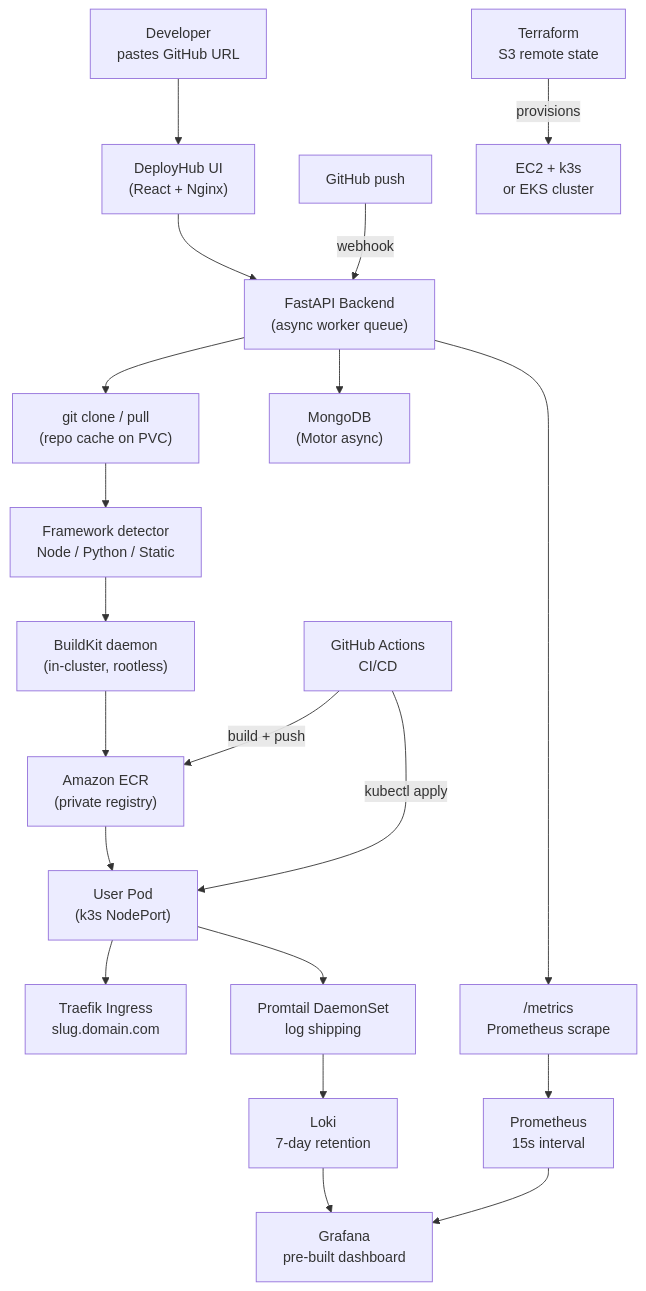
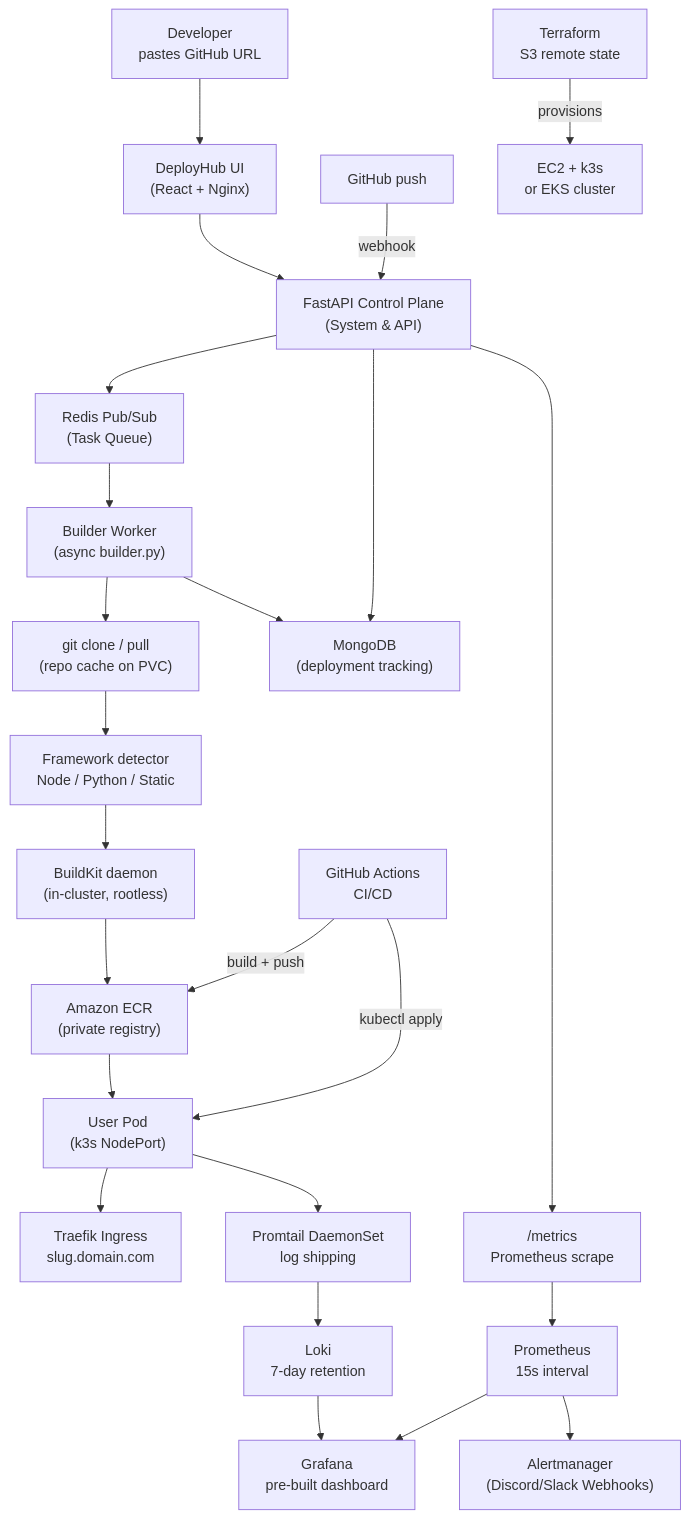
The diagram in README.md (jeneeldumasia/DeployHubK8s), drawn with Mermaid before and after one commit. The commit also changed other lines of this file and 4 other files, not shown here.

````diff
--- a/README.md
+++ b/README.md
@@ -18,24 +18,28 @@
 ```mermaid
 flowchart TD
     Dev["Developer\npastes GitHub URL"] --> UI["DeployHub UI\n(React + Nginx)"]
-    UI --> API["FastAPI Backend\n(async worker queue)"]
-    API --> Git["git clone / pull\n(repo cache on PVC)"]
+    UI --> API["FastAPI Control Plane\n(System & API)"]
+    API --> Redis["Redis Pub/Sub\n(Task Queue)"]
+    Redis --> Worker["Builder Worker\n(async builder.py)"]
+    Worker --> Git["git clone / pull\n(repo cache on PVC)"]
     Git --> Detect["Framework detector\nNode / Python / Static"]
     Detect --> BK["BuildKit daemon\n(in-cluster, rootless)"]
     BK --> ECR["Amazon ECR\n(private registry)"]
     ECR --> Pod["User Pod\n(k3s NodePort)"]
     Pod --> Ingress["Traefik Ingress\nslug.domain.com"]
 
-    API --> Mongo["MongoDB\n(Motor async)"]
+    Worker --> Mongo["MongoDB\n(deployment tracking)"]
+    API --> Mongo
     API --> Metrics["/metrics\nPrometheus scrape"]
     Metrics --> Prom["Prometheus\n15s interval"]
     Prom --> Grafana["Grafana\npre-built dashboard"]
+    Prom --> AlertM["Alertmanager\n(Discord/Slack Webhooks)"]
     Pod --> Promtail["Promtail DaemonSet\nlog shipping"]
     Promtail --> Loki["Loki\n7-day retention"]
     Loki --> Grafana
 
     GH["GitHub push"] -->|webhook| API
     GHA["GitHub Actions\nCI/CD"] -->|build + push| ECR
     GHA -->|kubectl apply| Pod
     TF["Terraform\nS3 remote state"] -->|provisions| EC2["EC2 + k3s\nor EKS cluster"]
 ```
````
